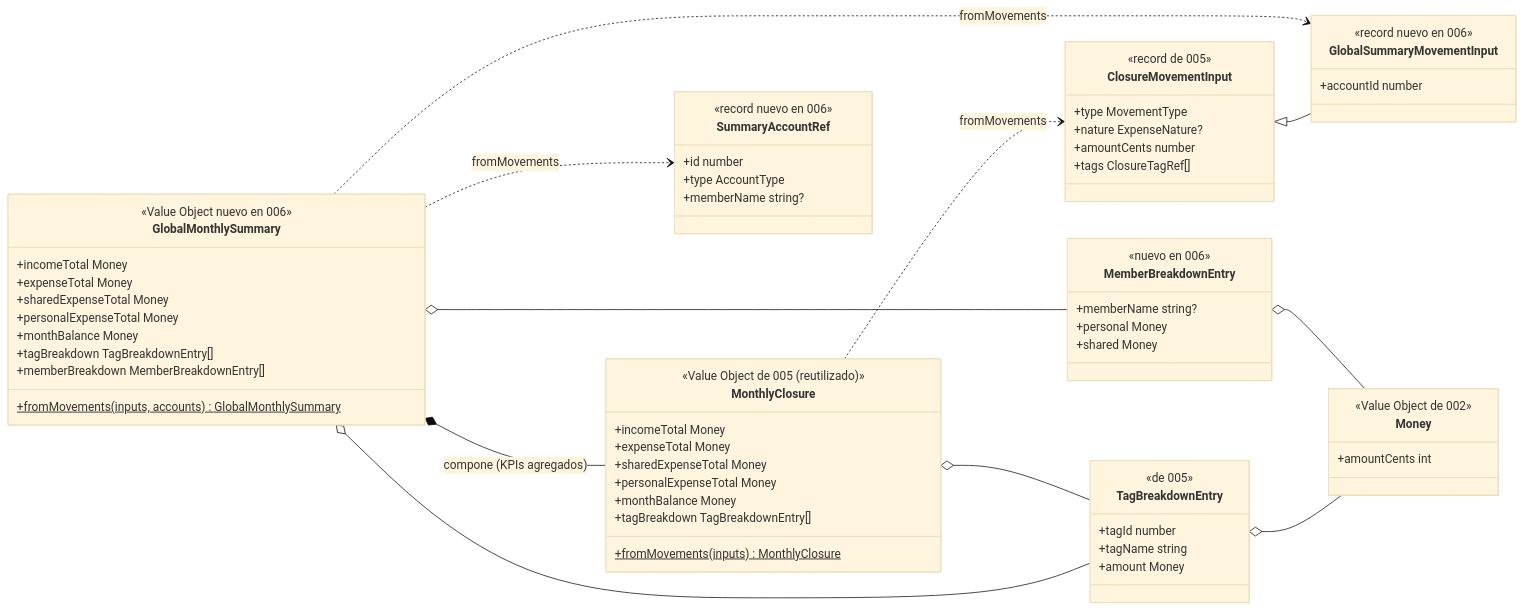
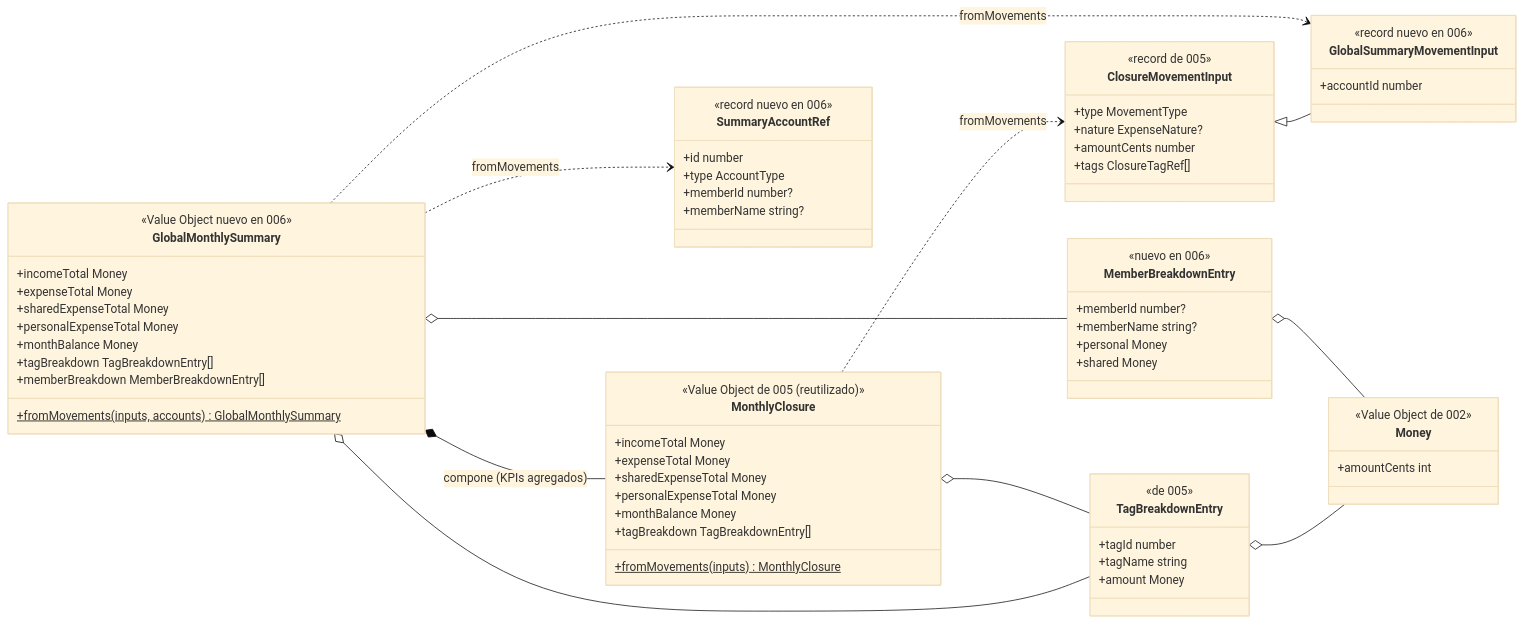
The diagram in specs/006-resumen-global-mensual/data-model.md (ismaelcabanas/family-wallet-sdd-app), drawn with Mermaid (base theme) before and after one commit. The commit also changed other lines of this file and 6 other files, not shown here.

````diff
--- a/specs/006-resumen-global-mensual/data-model.md
+++ b/specs/006-resumen-global-mensual/data-model.md
@@ -81,77 +83,79 @@
 ```mermaid
 classDiagram
     direction LR
 
     class Money {
         <<Value Object de 002>>
         +amountCents int
     }
 
     class MonthlyClosure {
         <<Value Object de 005 (reutilizado)>>
         +incomeTotal Money
         +expenseTotal Money
         +sharedExpenseTotal Money
         +personalExpenseTotal Money
         +monthBalance Money
         +tagBreakdown TagBreakdownEntry[]
         +fromMovements(inputs)$ MonthlyClosure
     }
 
     class GlobalMonthlySummary {
         <<Value Object nuevo en 006>>
         +incomeTotal Money
         +expenseTotal Money
         +sharedExpenseTotal Money
         +personalExpenseTotal Money
         +monthBalance Money
         +tagBreakdown TagBreakdownEntry[]
         +memberBreakdown MemberBreakdownEntry[]
         +fromMovements(inputs, accounts)$ GlobalMonthlySummary
     }
 
     class ClosureMovementInput {
         <<record de 005>>
         +type MovementType
         +nature ExpenseNature?
         +amountCents number
         +tags ClosureTagRef[]
     }
 
     class GlobalSummaryMovementInput {
         <<record nuevo en 006>>
         +accountId number
     }
 
     class SummaryAccountRef {
         <<record nuevo en 006>>
         +id number
         +type AccountType
+        +memberId number?
         +memberName string?
     }
 
     class TagBreakdownEntry {
         <<de 005>>
         +tagId number
         +tagName string
         +amount Money
     }
 
     class MemberBreakdownEntry {
         <<nuevo en 006>>
+        +memberId number?
         +memberName string?
         +personal Money
         +shared Money
     }
 
     ClosureMovementInput <|-- GlobalSummaryMovementInput
     GlobalMonthlySummary *-- MonthlyClosure : compone (KPIs agregados)
     GlobalMonthlySummary ..> GlobalSummaryMovementInput : fromMovements
     GlobalMonthlySummary ..> SummaryAccountRef : fromMovements
     MonthlyClosure ..> ClosureMovementInput : fromMovements
     GlobalMonthlySummary o-- TagBreakdownEntry
     GlobalMonthlySummary o-- MemberBreakdownEntry
     MonthlyClosure o-- TagBreakdownEntry
     TagBreakdownEntry o-- Money
     MemberBreakdownEntry o-- Money
 ```
````
